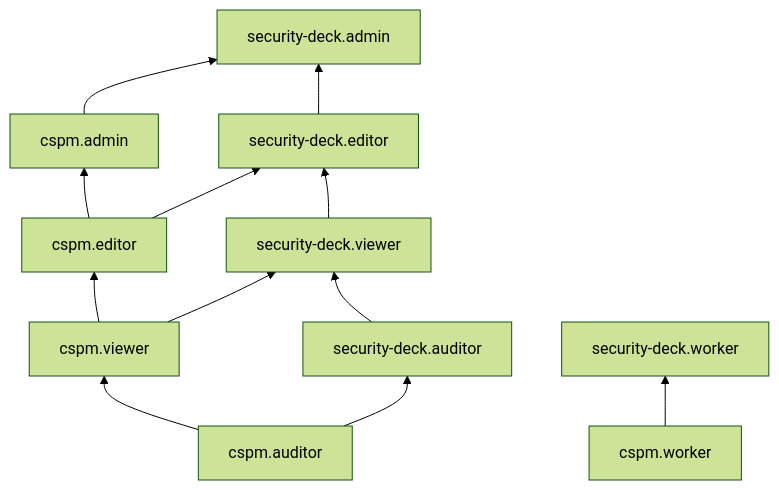
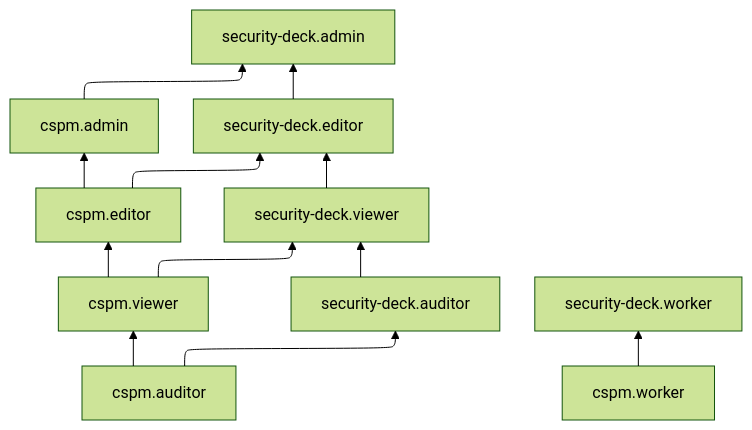
One commit to yandex-cloud/docs changed the diagram in en/_mermaid/roles/security-deck-cspm.md. Above: the diagram before and after it, drawn with Mermaid (forest theme). The commit also changed 4354 other files, not shown here.

````diff
--- a/en/_mermaid/roles/security-deck-cspm.md
+++ b/en/_mermaid/roles/security-deck-cspm.md
@@ -1,17 +1,19 @@
 ```mermaid
+%%{init: {"flowchart": {'defaultRenderer': 'elk'}} }%%
 flowchart BT
     cspm.admin --> security-deck.admin
+    cspm.editor --> cspm.admin
+    cspm.viewer --> cspm.editor
+    cspm.auditor --> cspm.viewer
+
     cspm.editor --> security-deck.editor
-    cspm.editor --> cspm.admin
     cspm.viewer --> security-deck.viewer
-    cspm.viewer --> cspm.editor
     cspm.auditor --> security-deck.auditor
-    cspm.auditor --> cspm.viewer
     cspm.worker --> security-deck.worker
 
     security-deck.auditor --> security-deck.viewer
     security-deck.viewer --> security-deck.editor
     security-deck.editor --> security-deck.admin
 
     security-deck.auditor ~~~ security-deck.admin
 ```
````
